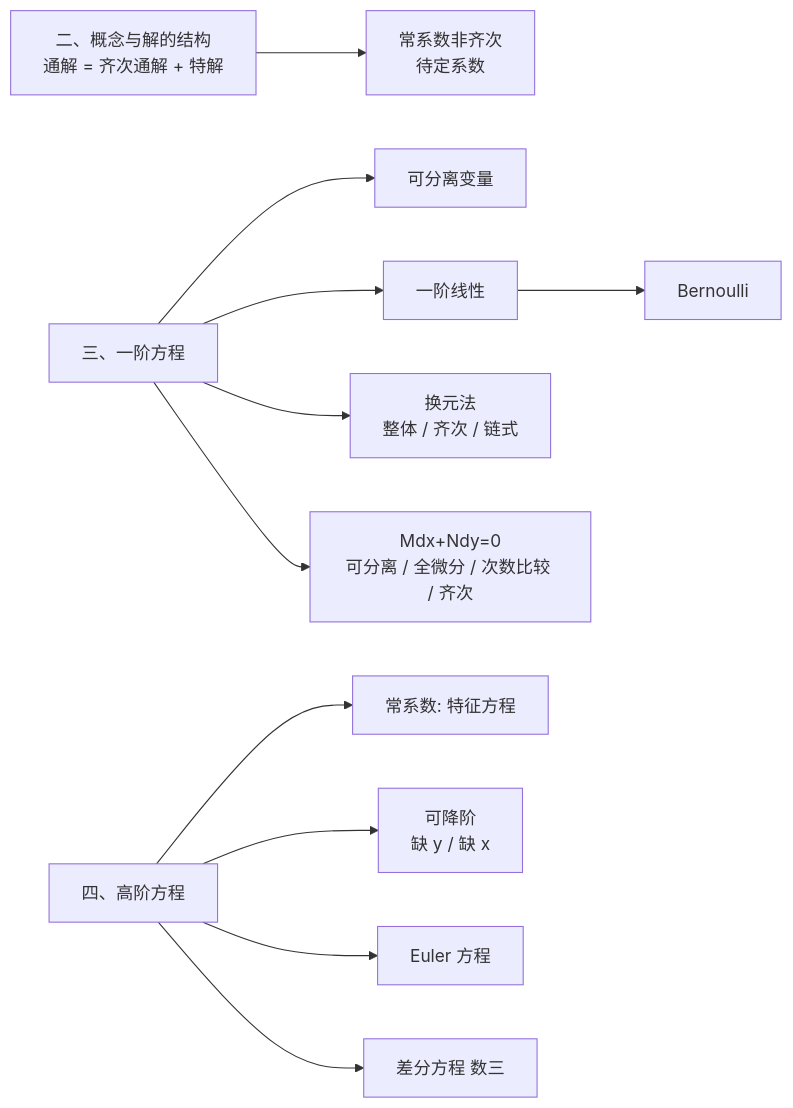
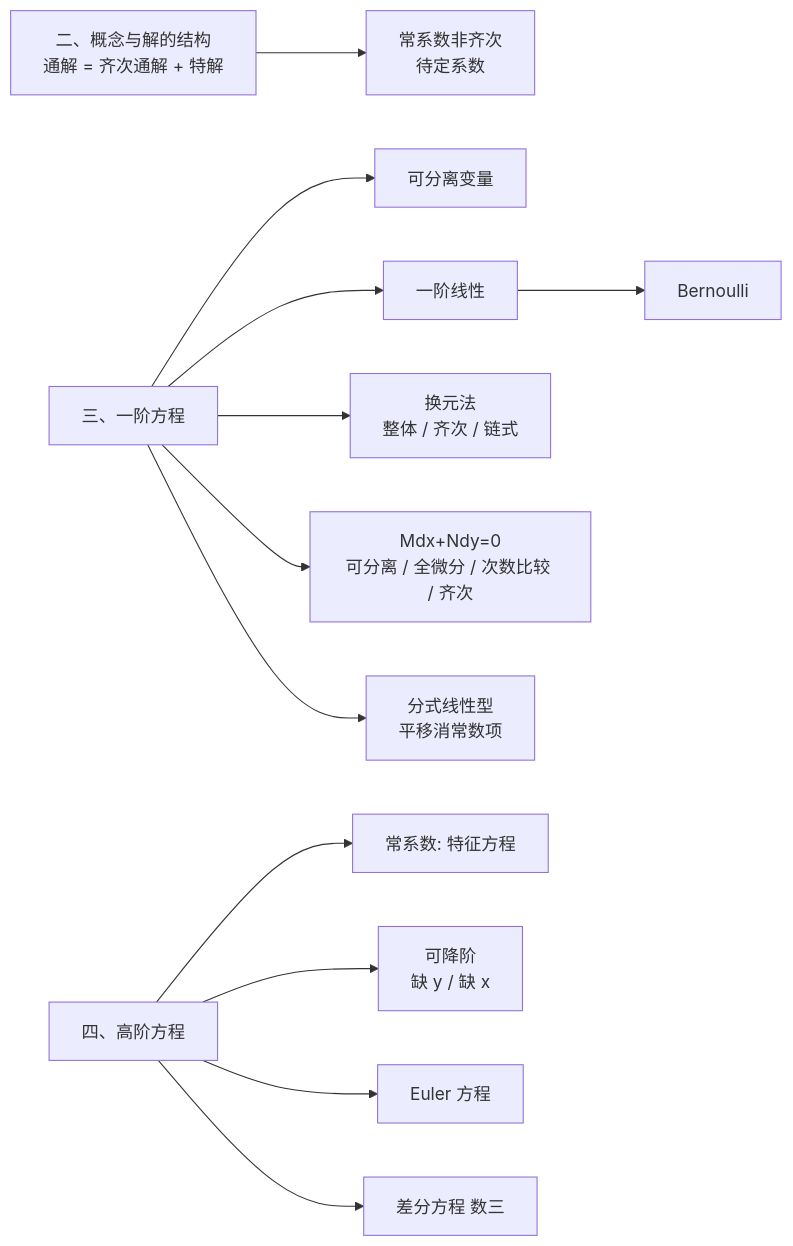
One commit to priceHE2002/Obsidian changed the first of 2 diagrams in 04_数学大观/高数大观/微分方程/微分方程 MOC.md. Above: the diagram before and after it, drawn with Mermaid. The commit also changed other lines of this file and 4 other files, not shown here.

````diff
--- a/04_数学大观/高数大观/微分方程/微分方程 MOC.md
+++ b/04_数学大观/高数大观/微分方程/微分方程 MOC.md
@@ -13,13 +15,15 @@
 ```mermaid
+%%{init: {"fontFamily": "Quiet Sans, sans-serif", "themeVariables": {"fontFamily": "Quiet Sans, sans-serif"}}}%%
 flowchart LR
     B[二、概念与解的结构<br/>通解 = 齐次通解 + 特解] --> D2[常系数非齐次<br/>待定系数]
     A[三、一阶方程] --> A1[可分离变量]
     A --> A2[一阶线性]
     A2 --> A3[Bernoulli]
     A --> A4[换元法<br/>整体 / 齐次 / 链式]
     A --> A5[Mdx+Ndy=0<br/>可分离 / 全微分 / 次数比较 / 齐次]
+    A --> A6[分式线性型<br/>平移消常数项]
     C[四、高阶方程] --> C1[常系数: 特征方程]
     C --> C2[可降阶<br/>缺 y / 缺 x]
     C --> C3[Euler 方程]
     C --> C4[差分方程 数三]
 ```
````
